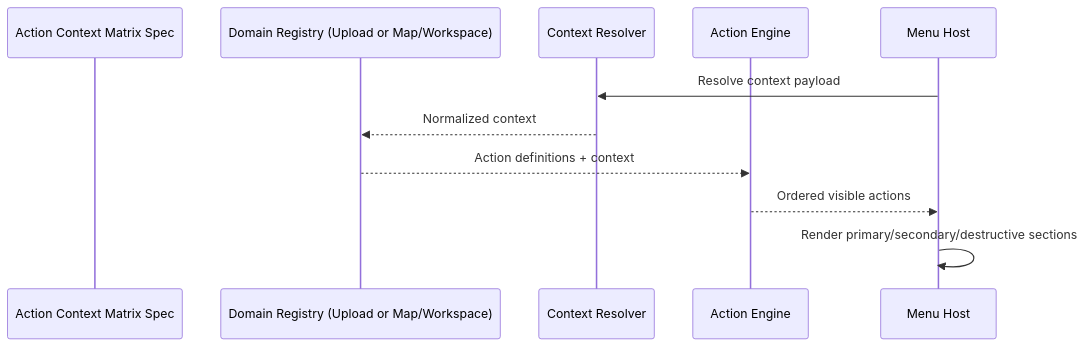
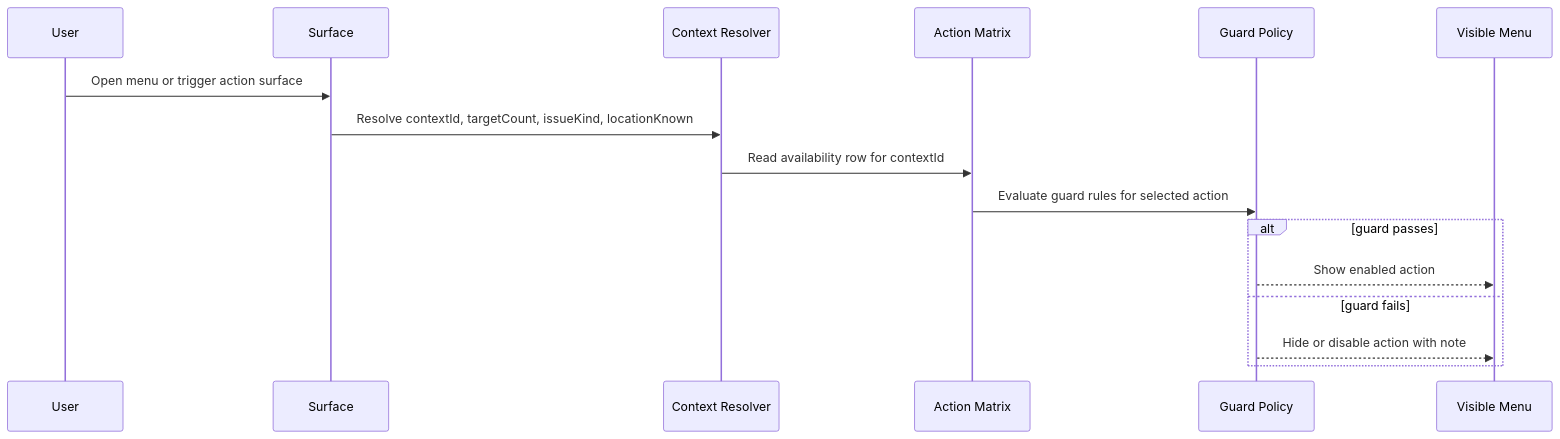
Before and after one commit to matkleve/feldpost: the second of 2 diagrams in docs/element-specs/action-context-matrix.md, drawn with Mermaid. The commit also changed other lines of this file and 32 other files, not shown here.

````diff
--- a/docs/element-specs/action-context-matrix.md
+++ b/docs/element-specs/action-context-matrix.md
@@ -175,14 +182,19 @@
 ```mermaid
 sequenceDiagram
-  participant Spec as Action Context Matrix Spec
-  participant Domain as Domain Registry (Upload or Map/Workspace)
-  participant Resolver as Context Resolver
-  participant Engine as Action Engine
-  participant UI as Menu Host
+  participant U as User
+  participant S as Surface
+  participant P as Context Resolver
+  participant M as Action Matrix
+  participant G as Guard Policy
+  participant V as Visible Menu
 
-  UI->>Resolver: Resolve context payload
-  Resolver-->>Domain: Normalized context
-  Domain-->>Engine: Action definitions + context
-  Engine-->>UI: Ordered visible actions
-  UI->>UI: Render primary/secondary/destructive sections
+  U->>S: Open menu or trigger action surface
+  S->>P: Resolve contextId, targetCount, issueKind, locationKnown
+  P->>M: Read availability row for contextId
+  M->>G: Evaluate guard rules for selected action
+  alt guard passes
+    G-->>V: Show enabled action
+  else guard fails
+    G-->>V: Hide or disable action with note
+  end
 ```
````
